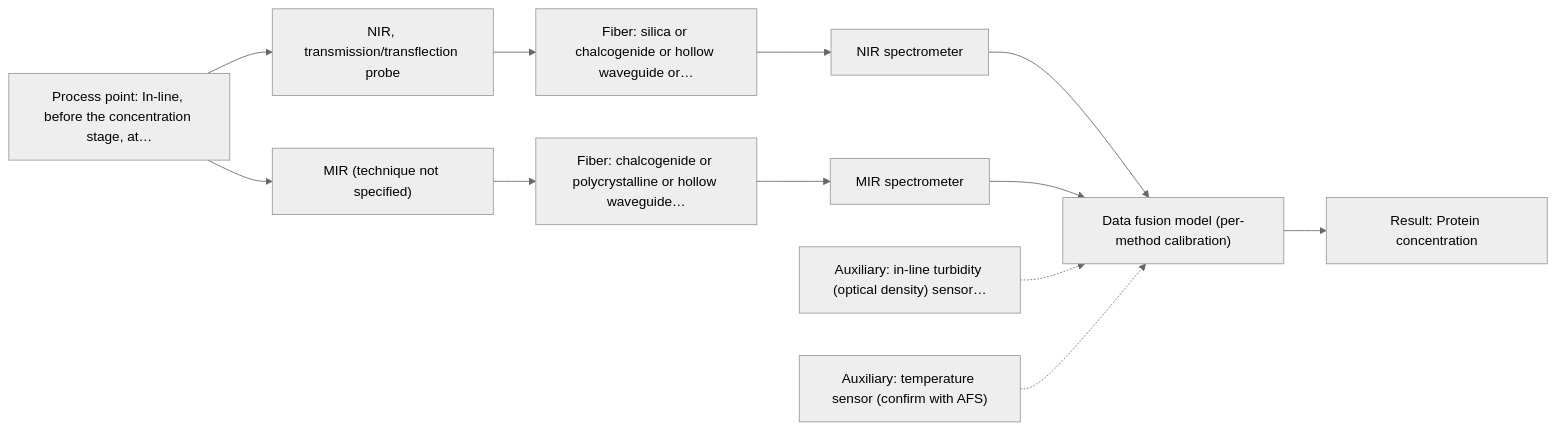
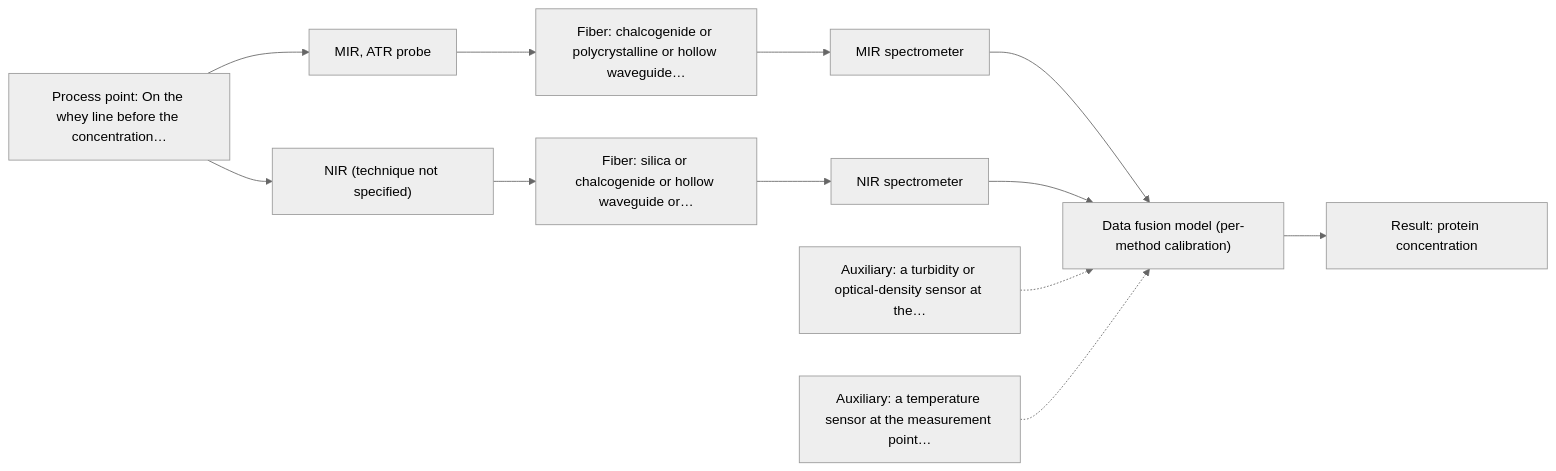
One commit to sleipnir029/Afs-Spectroscopy-Assistant changed the second of 2 diagrams in outputs/dev/D03.md. Above: the diagram before and after it, drawn with Mermaid (neutral theme). The commit also changed other lines of this file and 15 other files, not shown here.

Commit message:
Phase 4 dev outputs (--external=live, code f6538ee): 8/8 pass, 0 hard failures, 227/227 citations, replay 8/8 equal, 15/15 charts, 8/8 cost

````diff
--- a/outputs/dev/D03.md
+++ b/outputs/dev/D03.md
@@ -86,25 +89,25 @@
 ```mermaid
 flowchart LR
-    proc["Process point: In-line, before the concentration stage, at…"]
-    probe1["NIR, transmission/transflection probe"]
-    fiber1["Fiber: silica or chalcogenide or hollow waveguide or…"]
-    spec1["NIR spectrometer"]
-    probe2["MIR (technique not specified)"]
-    fiber2["Fiber: chalcogenide or polycrystalline or hollow waveguide…"]
-    spec2["MIR spectrometer"]
+    proc["Process point: On the whey line before the concentration…"]
+    probe1["MIR, ATR probe"]
+    fiber1["Fiber: chalcogenide or polycrystalline or hollow waveguide…"]
+    spec1["MIR spectrometer"]
+    probe2["NIR (technique not specified)"]
+    fiber2["Fiber: silica or chalcogenide or hollow waveguide or…"]
+    spec2["NIR spectrometer"]
     model["Data fusion model (per-method calibration)"]
-    result["Result: Protein concentration"]
-    aux1["Auxiliary: in-line turbidity (optical density) sensor…"]
-    aux2["Auxiliary: temperature sensor (confirm with AFS)"]
+    result["Result: protein concentration"]
+    aux1["Auxiliary: a turbidity or optical-density sensor at the…"]
+    aux2["Auxiliary: a temperature sensor at the measurement point…"]
     proc --> probe1
     probe1 --> fiber1
     fiber1 --> spec1
     spec1 --> model
     proc --> probe2
     probe2 --> fiber2
     fiber2 --> spec2
     spec2 --> model
     model --> result
     aux1 -.-> model
     aux2 -.-> model
 ```
````
